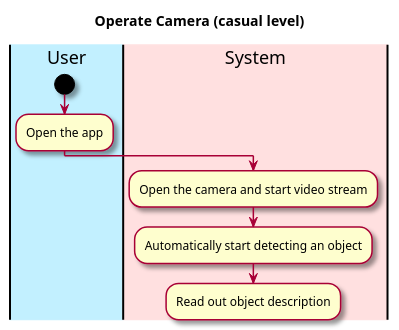
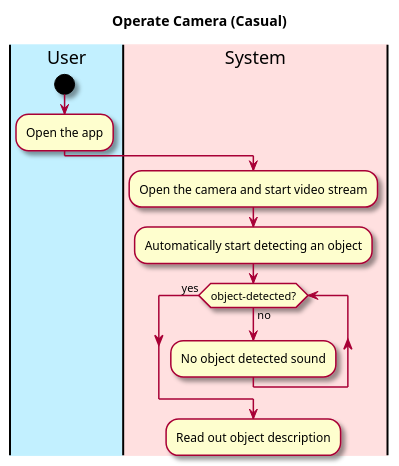
One commit to tonyh1306/OBRE-Vision-through-a-screen changed the diagram in intellij/doc/use-cases/analyze-video.md. Above: the diagram before and after it, drawn with PlantUML. The commit also changed other lines of this file, not shown here.

Commit message:
Made UML more detailed for analyze-video.md

````diff
--- a/intellij/doc/use-cases/analyze-video.md
+++ b/intellij/doc/use-cases/analyze-video.md
@@ -39,22 +30,25 @@
 ```plantuml
 @startuml
 
 skin rose
 
-title Operate Camera (casual level)
+title Operate Camera (Casual)
 
 'define the lanes
 |#application|User|
 |#implementation|System|
 
 |User|
 start
 :Open the app;
 
 |System|
 :Open the camera and start video stream;
 :Automatically start detecting an object;
+while (object-detected?) is (no)
+:No object detected sound;
+endwhile(yes)
 :Read out object description;
 
 @enduml
 ```
````
